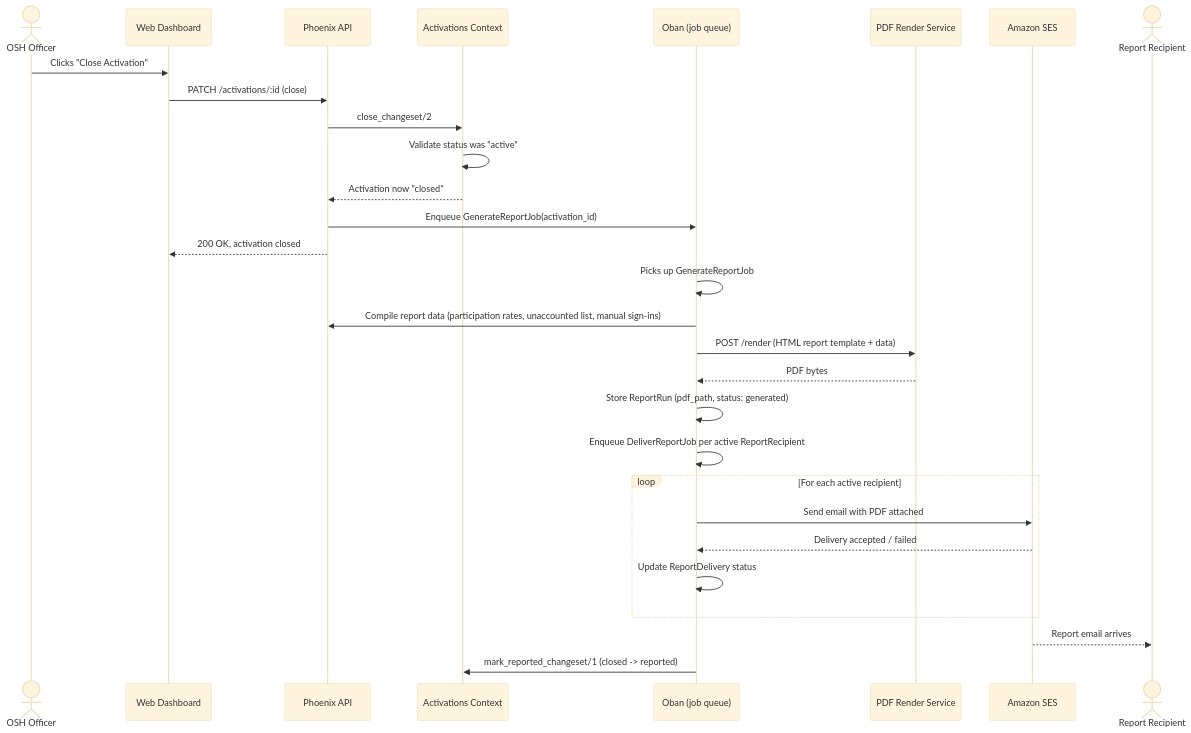
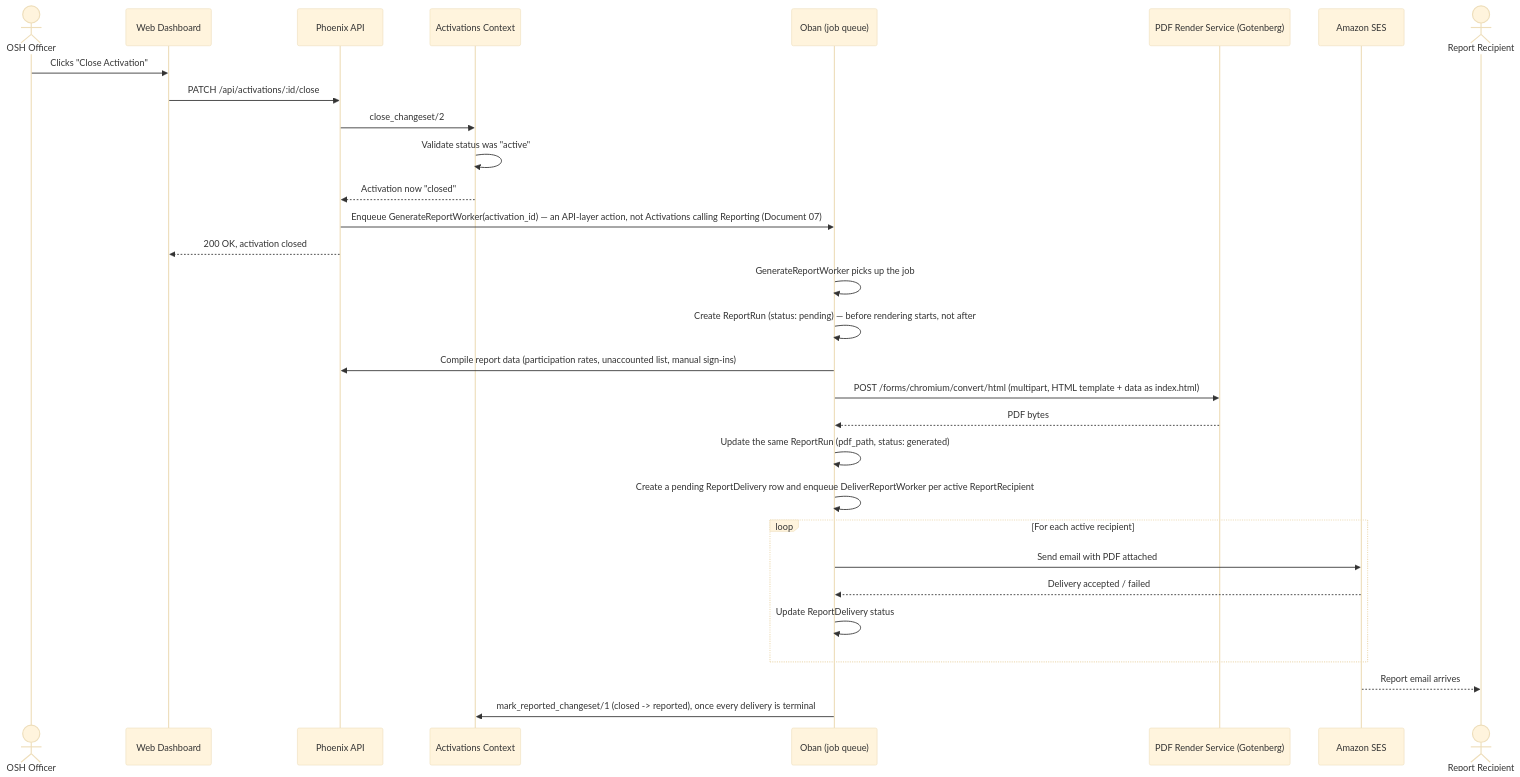
Before and after one commit to Mal-chris/salvorion-api: the fourth of 6 diagrams in docs/08-sequence-state-deployment-diagrams.md, drawn with Mermaid (base theme). The commit also changed other lines of this file and 25 other files, not shown here.

````diff
--- a/docs/08-sequence-state-deployment-diagrams.md
+++ b/docs/08-sequence-state-deployment-diagrams.md
@@ -111,35 +121,36 @@
 ```mermaid
 sequenceDiagram
     actor O as OSH Officer
     participant Web as Web Dashboard
     participant API as Phoenix API
     participant Activations as Activations Context
     participant Oban as Oban (job queue)
-    participant PDF as PDF Render Service
+    participant PDF as PDF Render Service (Gotenberg)
     participant SES as Amazon SES
     actor R as Report Recipient
 
     O->>Web: Clicks "Close Activation"
-    Web->>API: PATCH /activations/:id (close)
+    Web->>API: PATCH /api/activations/:id/close
     API->>Activations: close_changeset/2
     Activations->>Activations: Validate status was "active"
     Activations-->>API: Activation now "closed"
-    API->>Oban: Enqueue GenerateReportJob(activation_id)
+    API->>Oban: Enqueue GenerateReportWorker(activation_id) — an API-layer action, not Activations calling Reporting (Document 07)
     API-->>Web: 200 OK, activation closed
 
-    Oban->>Oban: Picks up GenerateReportJob
+    Oban->>Oban: GenerateReportWorker picks up the job
+    Oban->>Oban: Create ReportRun (status: pending) — before rendering starts, not after
     Oban->>API: Compile report data (participation rates, unaccounted list, manual sign-ins)
-    Oban->>PDF: POST /render (HTML report template + data)
+    Oban->>PDF: POST /forms/chromium/convert/html (multipart, HTML template + data as index.html)
     PDF-->>Oban: PDF bytes
-    Oban->>Oban: Store ReportRun (pdf_path, status: generated)
-    Oban->>Oban: Enqueue DeliverReportJob per active ReportRecipient
+    Oban->>Oban: Update the same ReportRun (pdf_path, status: generated)
+    Oban->>Oban: Create a pending ReportDelivery row and enqueue DeliverReportWorker per active ReportRecipient
 
     loop For each active recipient
         Oban->>SES: Send email with PDF attached
         SES-->>Oban: Delivery accepted / failed
         Oban->>Oban: Update ReportDelivery status
     end
 
     SES-->>R: Report email arrives
-    Oban->>Activations: mark_reported_changeset/1 (closed -> reported)
+    Oban->>Activations: mark_reported_changeset/1 (closed -> reported), once every delivery is terminal
 ```
````
